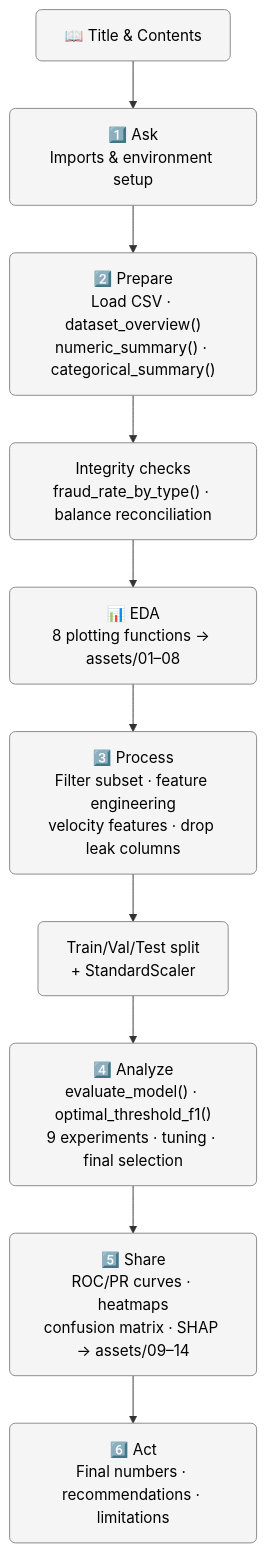
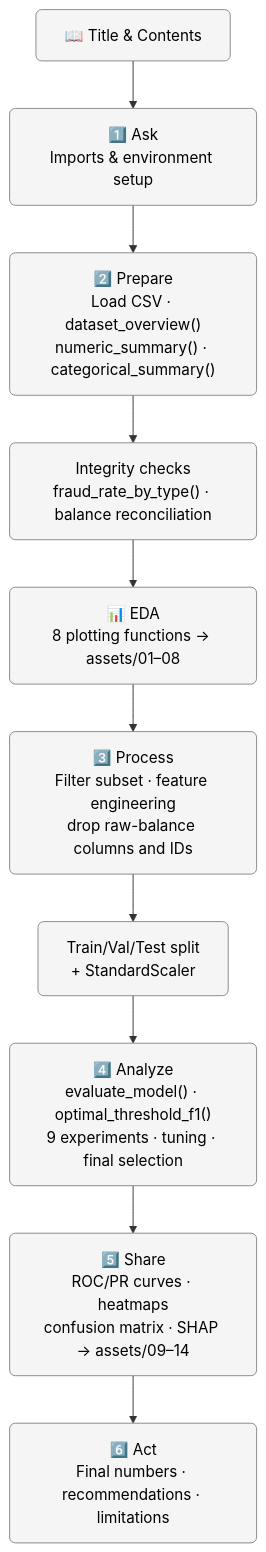
The seventh of 8 diagrams in Fraud_Detection_Report.md (Sudharshan205-Proj/fraud-detection-system), drawn with Mermaid before and after one commit. The commit also changed other lines of this file and 15 other files, not shown here.

````diff
--- a/Fraud_Detection_Report.md
+++ b/Fraud_Detection_Report.md
@@ -943,15 +929,15 @@
 ```mermaid
 flowchart TD
     N0["📖 Title & Contents"] --> N1["1️⃣ Ask<br/>Imports & environment setup"]
     N1 --> N2["2️⃣ Prepare<br/>Load CSV · dataset_overview()<br/>numeric_summary() · categorical_summary()"]
     N2 --> N3["Integrity checks<br/>fraud_rate_by_type() · balance reconciliation"]
     N3 --> N4["📊 EDA<br/>8 plotting functions → assets/01–08"]
-    N4 --> N5["3️⃣ Process<br/>Filter subset · feature engineering<br/>velocity features · drop leak columns"]
+    N4 --> N5["3️⃣ Process<br/>Filter subset · feature engineering<br/>drop raw-balance columns and IDs"]
     N5 --> N6["Train/Val/Test split<br/>+ StandardScaler"]
     N6 --> N7["4️⃣ Analyze<br/>evaluate_model() · optimal_threshold_f1()<br/>9 experiments · tuning · final selection"]
     N7 --> N8["5️⃣ Share<br/>ROC/PR curves · heatmaps<br/>confusion matrix · SHAP → assets/09–14"]
     N8 --> N9["6️⃣ Act<br/>Final numbers · recommendations · limitations"]
 
     classDef sec fill:#f5f5f5,stroke:#888,stroke-width:1px,rx:6,ry:6, color:#000000
     class N0,N1,N2,N3,N4,N5,N6,N7,N8,N9 sec
 ```
````
